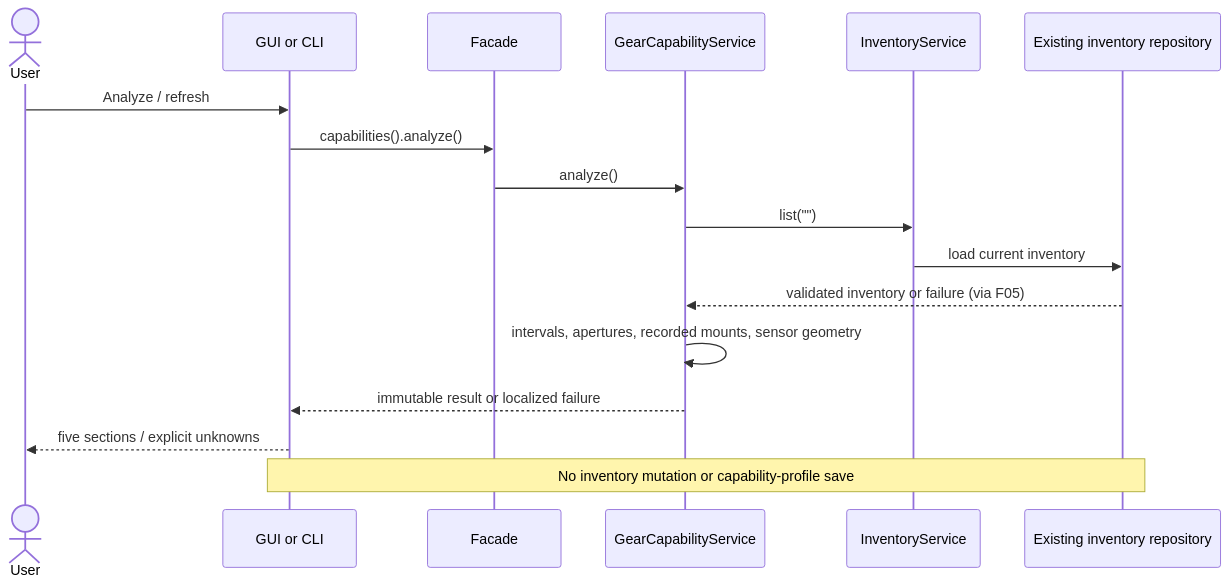
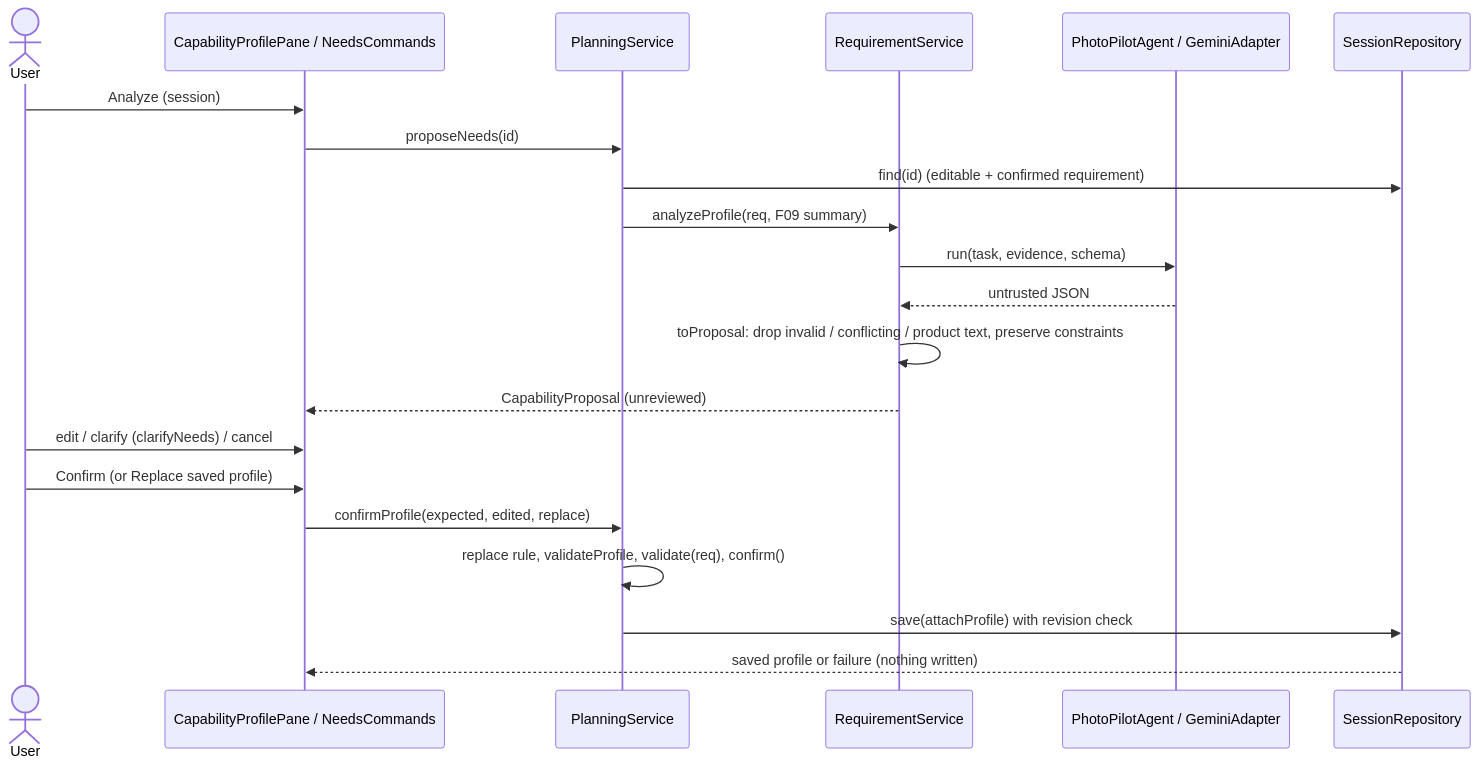
One commit to zboToronto/PhotoPilot changed the second of 2 diagrams in Stage2/docs/f06-capabilities.md. Above: the diagram before and after it, drawn with Mermaid. The commit also changed other lines of this file and 30 other files, not shown here.

````diff
--- a/Stage2/docs/f06-capabilities.md
+++ b/Stage2/docs/f06-capabilities.md
@@ -43,19 +67,23 @@
 ```mermaid
 sequenceDiagram
     actor User
-    participant UI as GUI or CLI
-    participant Facade
-    participant Analysis as GearCapabilityService
-    participant F05 as InventoryService
-    participant Store as Existing inventory repository
-    User->>UI: Analyze / refresh
-    UI->>Facade: capabilities().analyze()
-    Facade->>Analysis: analyze()
-    Analysis->>F05: list("")
-    F05->>Store: load current inventory
-    Store-->>Analysis: validated inventory or failure (via F05)
-    Analysis->>Analysis: intervals, apertures, recorded mounts, sensor geometry
-    Analysis-->>UI: immutable result or localized failure
-    UI-->>User: five sections / explicit unknowns
-    Note over UI,Store: No inventory mutation or capability-profile save
+    participant UI as CapabilityProfilePane / NeedsCommands
+    participant P as PlanningService
+    participant R as RequirementService
+    participant G as PhotoPilotAgent / GeminiAdapter
+    participant S as SessionRepository
+    User->>UI: Analyze (session)
+    UI->>P: proposeNeeds(id)
+    P->>S: find(id) (editable + confirmed requirement)
+    P->>R: analyzeProfile(req, F09 summary)
+    R->>G: run(task, evidence, schema)
+    G-->>R: untrusted JSON
+    R->>R: toProposal: drop invalid / conflicting / product text, preserve constraints
+    R-->>UI: CapabilityProposal (unreviewed)
+    User->>UI: edit / clarify (clarifyNeeds) / cancel
+    User->>UI: Confirm (or Replace saved profile)
+    UI->>P: confirmProfile(expected, edited, replace)
+    P->>P: replace rule, validateProfile, validate(req), confirm()
+    P->>S: save(attachProfile) with revision check
+    S-->>UI: saved profile or failure (nothing written)
 ```
````
